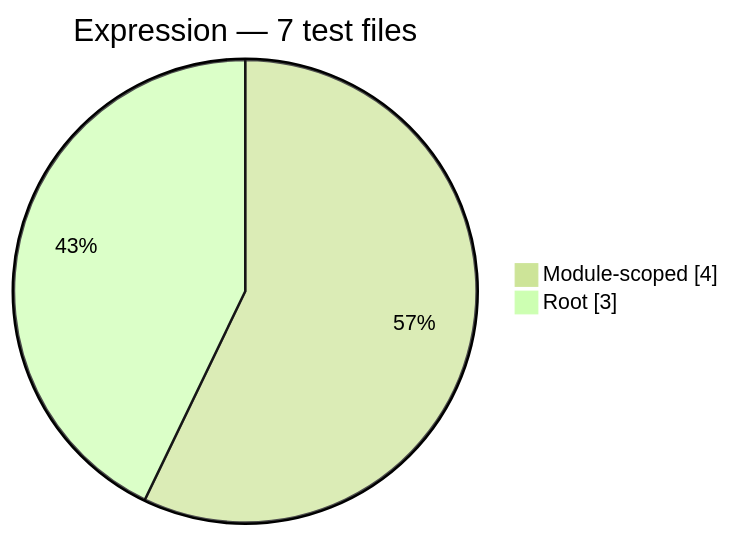
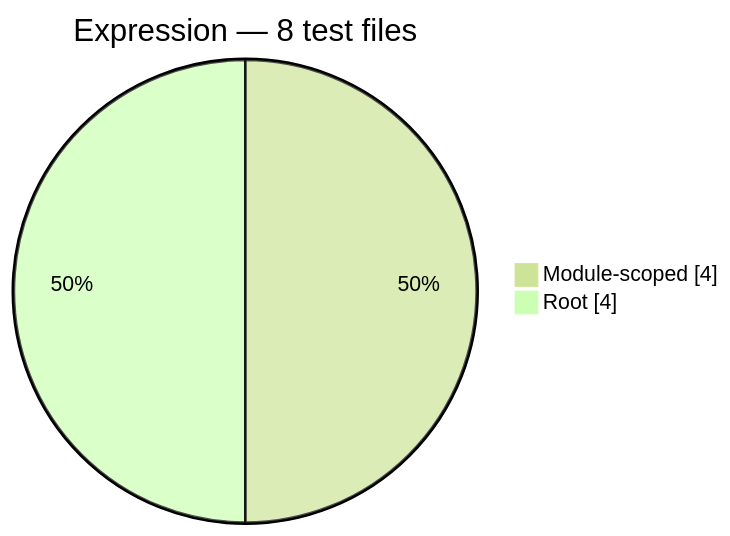
One commit to Mohammed-Alama/php-arazzo changed the second of 8 diagrams in docs/generated/test-composition.md. Above: the diagram before and after it, drawn with Mermaid (forest theme). The commit also changed other lines of this file and 17 other files, not shown here.

````diff
--- a/docs/generated/test-composition.md
+++ b/docs/generated/test-composition.md
@@ -28,6 +28,6 @@
 ```mermaid
 pie showData
-    title Expression — 7 test files
+    title Expression — 8 test files
     "Module-scoped": 4
-    "Root": 3
+    "Root": 4
 ```
````
